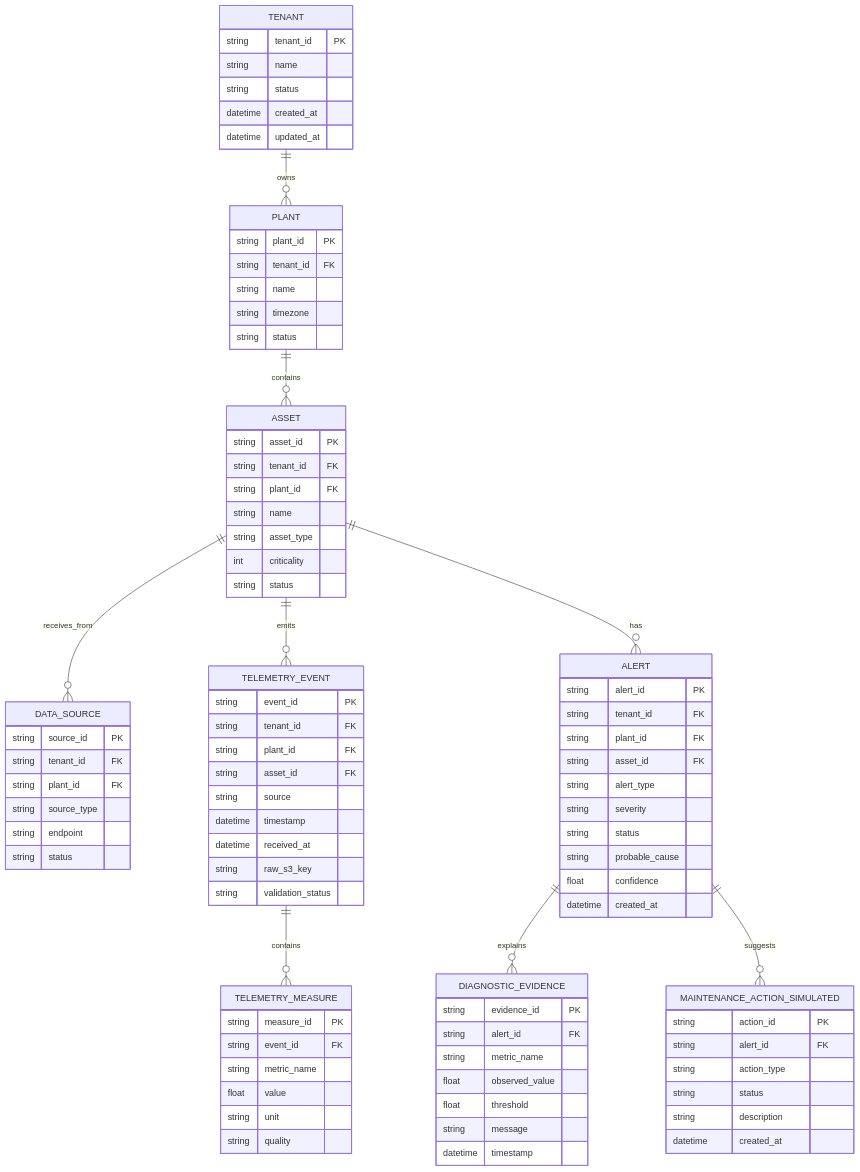
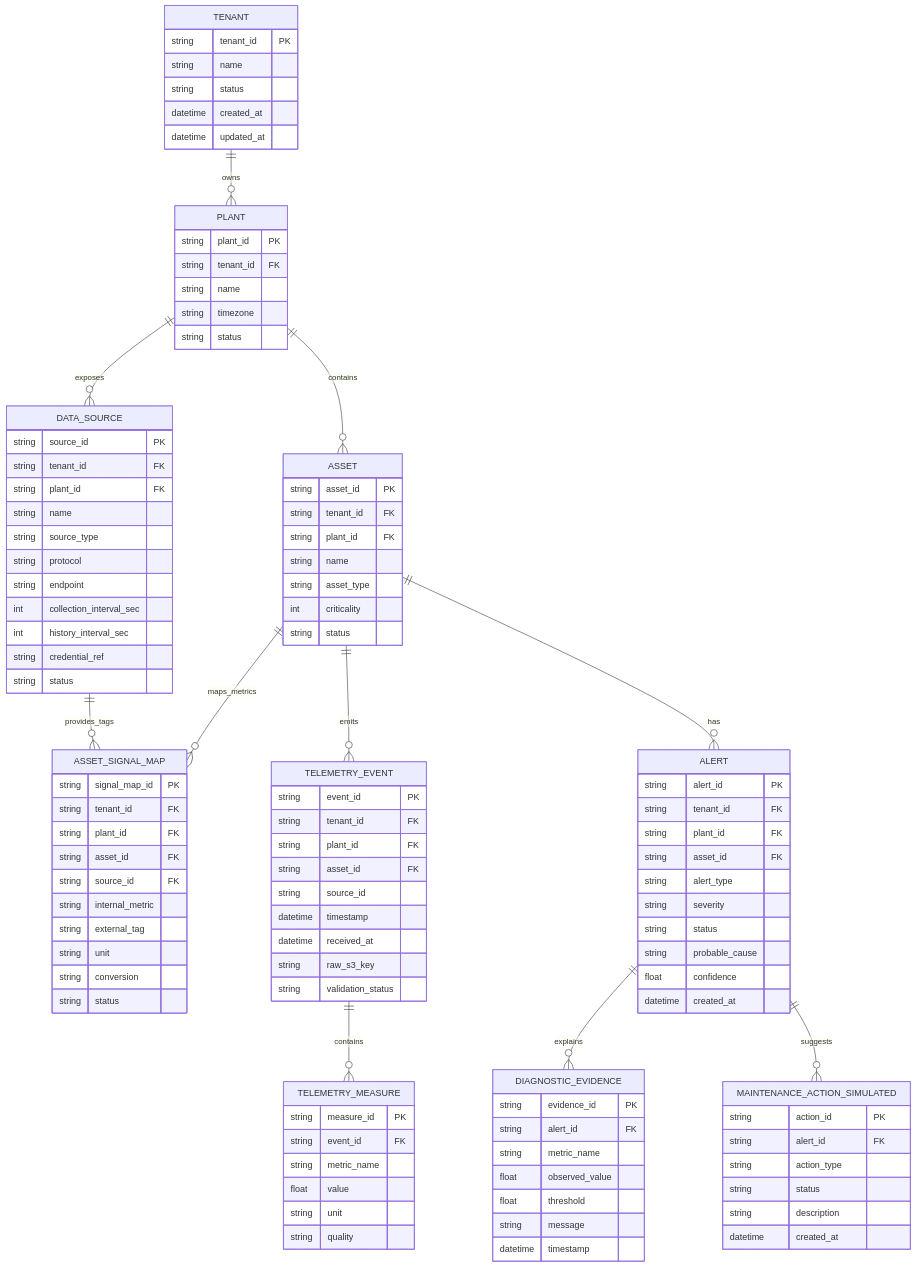
The diagram in docs/05-entidades-relacionamentos.md (GlaysonInfo/mvp_emily_keller), drawn with Mermaid before and after one commit. The commit also changed other lines of this file and 72 other files, not shown here.

```diff
--- a/docs/05-entidades-relacionamentos.md
+++ b/docs/05-entidades-relacionamentos.md
@@ -12,7 +12,9 @@
 erDiagram
     TENANT ||--o{ PLANT : owns
     PLANT ||--o{ ASSET : contains
-    ASSET ||--o{ DATA_SOURCE : receives_from
+    PLANT ||--o{ DATA_SOURCE : exposes
+    DATA_SOURCE ||--o{ ASSET_SIGNAL_MAP : provides_tags
+    ASSET ||--o{ ASSET_SIGNAL_MAP : maps_metrics
     ASSET ||--o{ TELEMETRY_EVENT : emits
     TELEMETRY_EVENT ||--o{ TELEMETRY_MEASURE : contains
     ASSET ||--o{ ALERT : has
@@ -49,8 +51,26 @@
         string source_id PK
         string tenant_id FK
         string plant_id FK
+        string name
         string source_type
+        string protocol
         string endpoint
+        int collection_interval_sec
+        int history_interval_sec
+        string credential_ref
+        string status
+    }
+
+    ASSET_SIGNAL_MAP {
+        string signal_map_id PK
+        string tenant_id FK
+        string plant_id FK
+        string asset_id FK
+        string source_id FK
+        string internal_metric
+        string external_tag
+        string unit
+        string conversion
         string status
     }
 
@@ -59,7 +79,7 @@
         string tenant_id FK
         string plant_id FK
         string asset_id FK
-        string source
+        string source_id
         datetime timestamp
         datetime received_at
         string raw_s3_key
```
